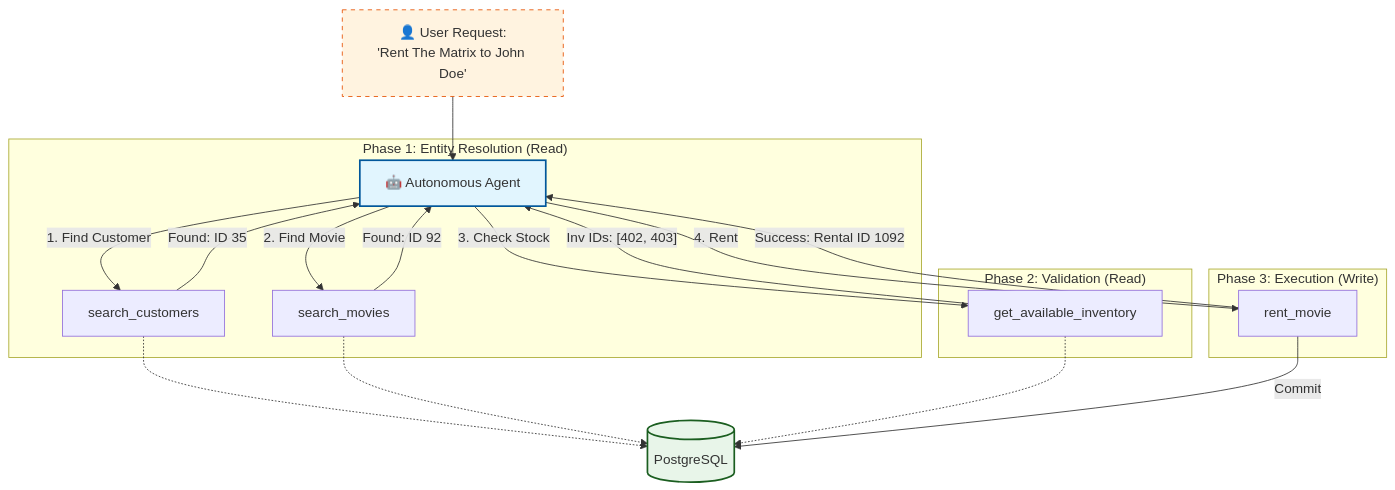
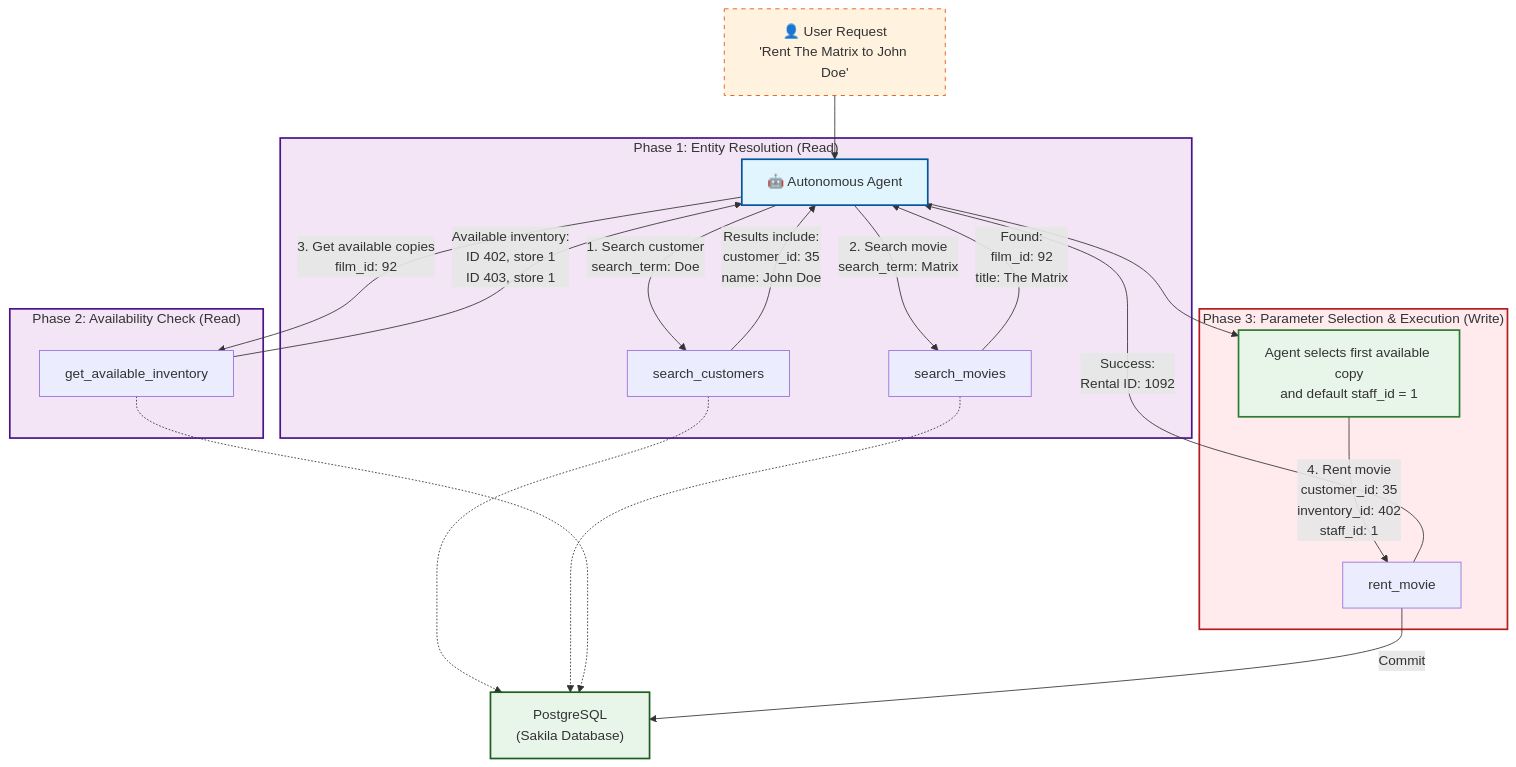
Before and after one commit to mohamedaadhil96/mcp-postgres-agent: the diagram in README.md, drawn with Mermaid. The commit also changed other lines of this file, not shown here.

````diff
--- a/README.md
+++ b/README.md
@@ -29,31 +29,41 @@
 ```mermaid
 graph TD
-    UserReq["👤 User Request:<br/>'Rent The Matrix to John Doe'"] --> Agent[🤖 Autonomous Agent]
-    
-    subgraph "Phase 1: Entity Resolution (Read)"
-        Agent -->|1. Find Customer| TC1[search_customers]
-        TC1 -->|"Found: ID 35"| Agent
-        Agent -->|2. Find Movie| TC2[search_movies]
-        TC2 -->|"Found: ID 92"| Agent
+    UserReq["👤 User Request<br/>'Rent The Matrix to John Doe'"] --> Agent["🤖 Autonomous Agent"]
+
+    subgraph Phase1["Phase 1: Entity Resolution (Read)"]
+        Agent -->|1. Search customer<br/>search_term: Doe| TC1["search_customers"]
+        TC1 -->|"Results include:<br/>customer_id: 35<br/>name: John Doe"| Agent
+
+        Agent -->|2. Search movie<br/>search_term: Matrix| TC2["search_movies"]
+        TC2 -->|"Found:<br/>film_id: 92<br/>title: The Matrix"| Agent
     end
 
-    subgraph "Phase 2: Validation (Read)"
-        Agent -->|3. Check Stock| TC3[get_available_inventory]
-        TC3 -->|"Inv IDs: [402, 403]"| Agent
+    subgraph Phase2["Phase 2: Availability Check (Read)"]
+        Agent -->|3. Get available copies<br/>film_id: 92| TC3["get_available_inventory"]
+        TC3 -->|"Available inventory:<br/>ID 402, store 1<br/>ID 403, store 1"| Agent
     end
 
-    subgraph "Phase 3: Execution (Write)"
-        Agent -->|4. Rent| TC4[rent_movie]
-        TC4 -->|"Success: Rental ID 1092"| Agent
+    subgraph Phase3["Phase 3: Parameter Selection & Execution (Write)"]
+        AgentDecision["Agent selects first available copy<br/>and default staff_id = 1"]
+
+        Agent --> AgentDecision
+        AgentDecision -->|4. Rent movie<br/>customer_id: 35<br/>inventory_id: 402<br/>staff_id: 1| TC4["rent_movie"]
+        TC4 -->|"Success:<br/>Rental ID: 1092"| Agent
     end
 
-    %% Database Connections
-    TC1 -.-> DB[(PostgreSQL)]
+    DB["PostgreSQL<br/>(Sakila Database)"]
+
+    TC1 -.-> DB
     TC2 -.-> DB
     TC3 -.-> DB
     TC4 -->|Commit| DB
-    
+
+    %% Styling
     style Agent fill:#e1f5fe,stroke:#01579b,stroke-width:2px
     style UserReq fill:#fff3e0,stroke:#e65100,stroke-dasharray: 5 5
+    style Phase1 fill:#f3e5f5,stroke:#4a148c,stroke-width:2px
+    style Phase2 fill:#f3e5f5,stroke:#4a148c,stroke-width:2px
+    style Phase3 fill:#ffebee,stroke:#b71c1c,stroke-width:2px
+    style AgentDecision fill:#e8f5e9,stroke:#2e7d32,stroke-width:2px
     style DB fill:#e8f5e9,stroke:#1b5e20,stroke-width:2px
 ```
````
